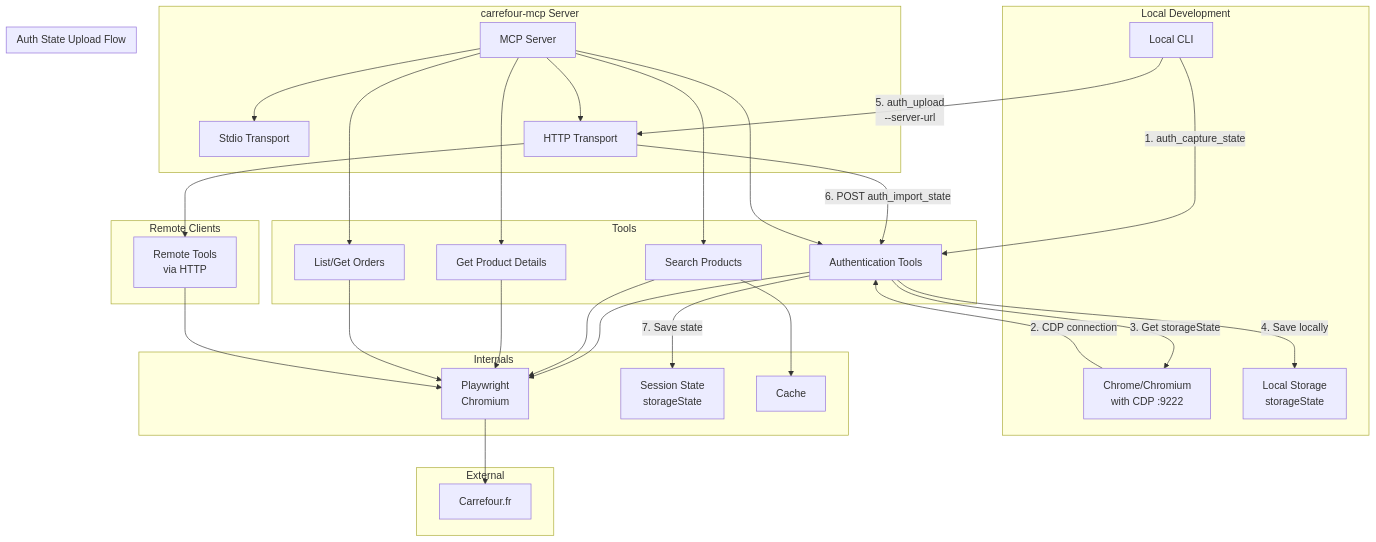
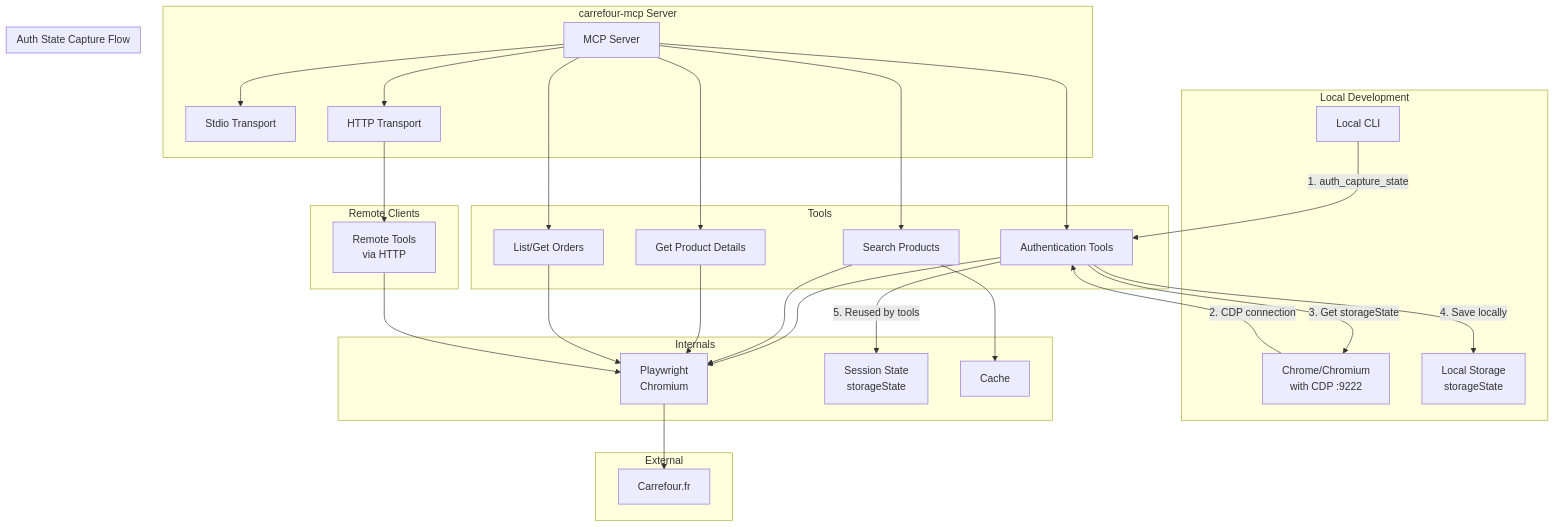
One commit to cbenz/carrefour-mcp changed the diagram in README.md. Above: the diagram before and after it, drawn with Mermaid. The commit also changed other lines of this file and 11 other files, not shown here.

Commit message:
Remove auth_upload

````diff
--- a/README.md
+++ b/README.md
@@ -29,63 +28,61 @@
 ```mermaid
 graph TB
     subgraph "Local Development"
         CLI["Local CLI"]
         CHROME["Chrome/Chromium<br/>with CDP :9222"]
         STORAGE["Local Storage<br/>storageState"]
     end
 
     subgraph "carrefour-mcp Server"
         MCP["MCP Server"]
         STDIO["Stdio Transport"]
         HTTP["HTTP Transport"]
         MCP --> STDIO
         MCP --> HTTP
     end
 
     subgraph "Tools"
         AUTH["Authentication Tools"]
         SEARCH["Search Products"]
         PRODUCT["Get Product Details"]
         ORDERS["List/Get Orders"]
     end
 
     subgraph "Internals"
         PW["Playwright<br/>Chromium"]
         SESSION["Session State<br/>storageState"]
         CACHE["Cache"]
     end
 
     subgraph "External"
         CARREFOUR["Carrefour.fr"]
     end
 
-    subgraph "Auth State Upload Flow"
+    subgraph "Auth State Capture Flow"
         CLI -->|"1. auth_capture_state"| AUTH
         CHROME -->|"2. CDP connection"| AUTH
         AUTH -->|"3. Get storageState"| CHROME
         AUTH -->|"4. Save locally"| STORAGE
-        CLI -->|"5. auth_upload<br/>--server-url"| HTTP
-        HTTP -->|"6. POST auth_import_state"| AUTH
-        AUTH -->|"7. Save state"| SESSION
+        AUTH -->|"5. Reused by tools"| SESSION
     end
 
     MCP --> AUTH
     MCP --> SEARCH
     MCP --> PRODUCT
     MCP --> ORDERS
 
     AUTH --> PW
     SEARCH --> CACHE
     SEARCH --> PW
     PRODUCT --> PW
     ORDERS --> PW
 
     PW --> CARREFOUR
 
     subgraph "Remote Clients"
         REMOTECLI["Remote Tools<br/>via HTTP"]
     end
 
     HTTP --> REMOTECLI
     REMOTECLI --> PW
 ```
````
